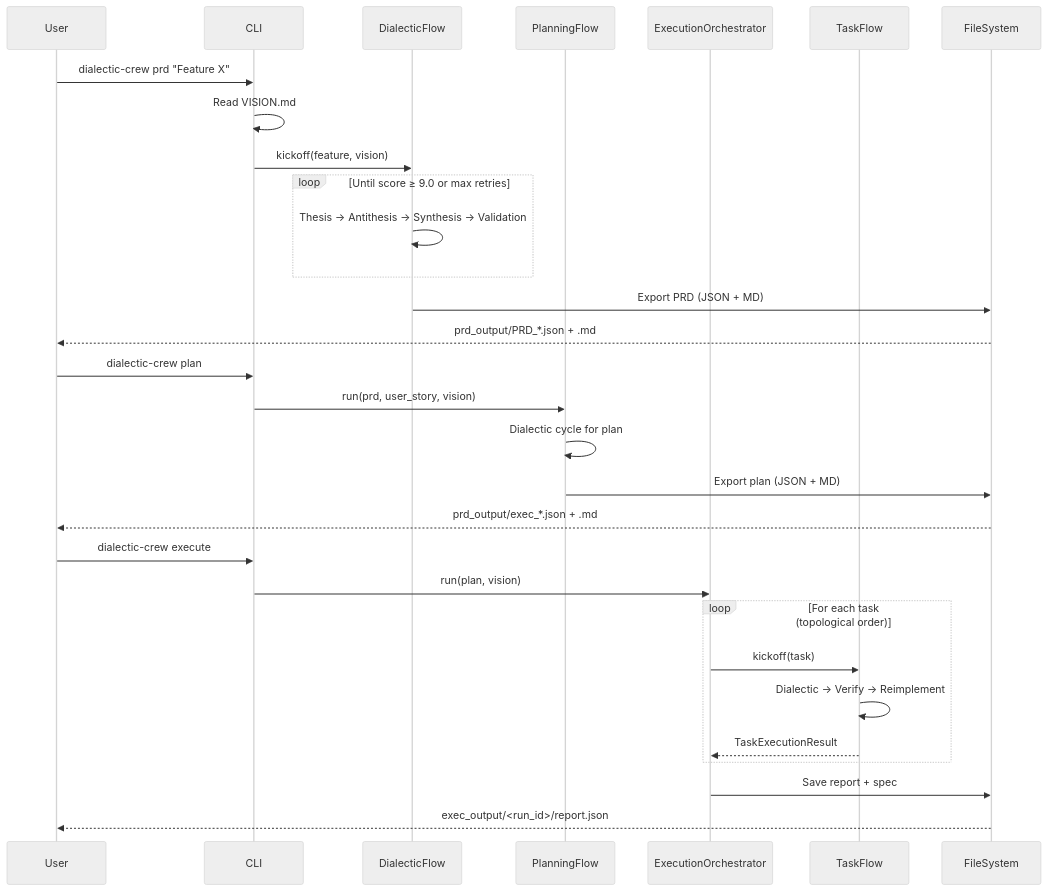
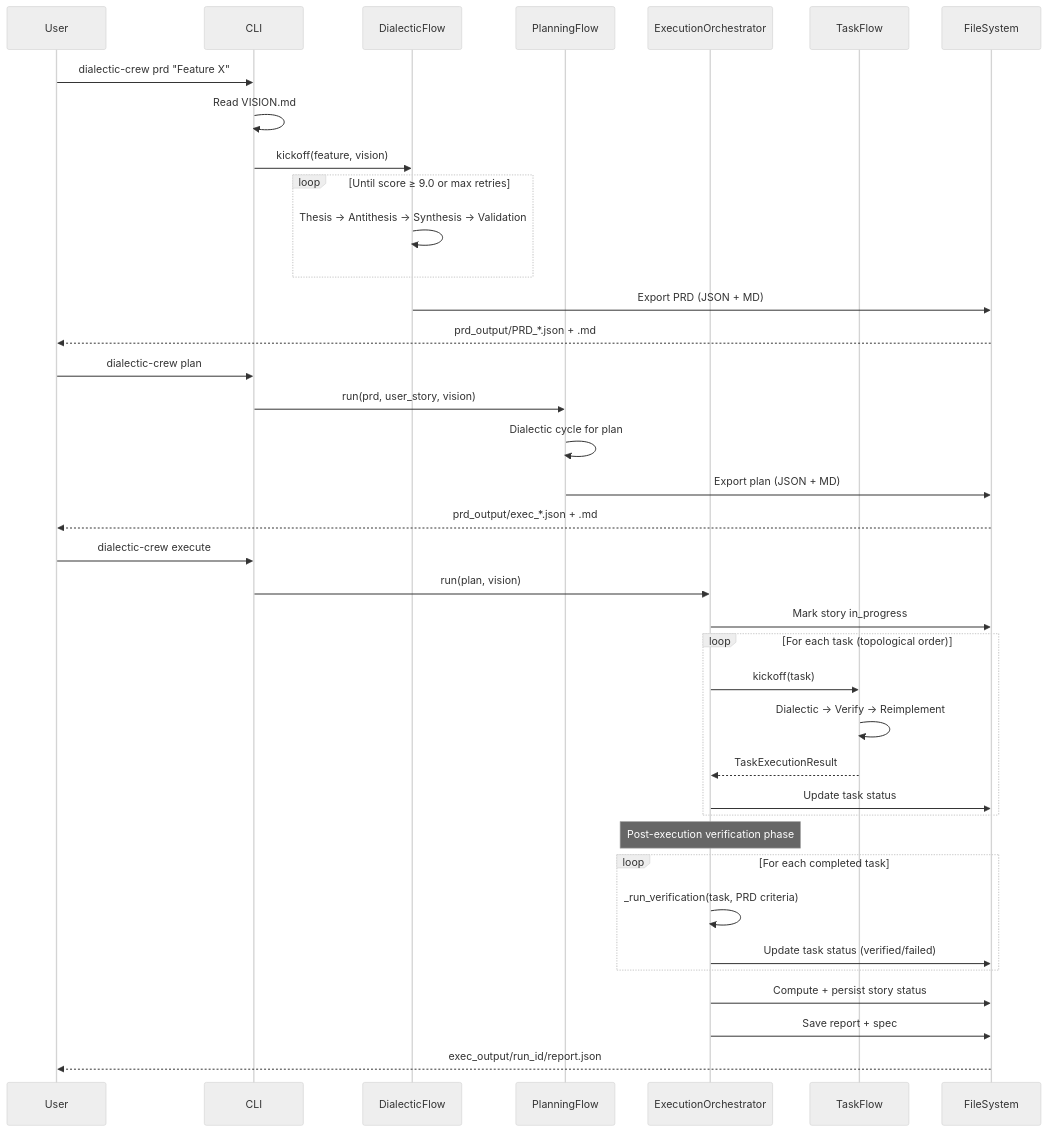
One commit to darthlinuxer/dialectic-crew-ai changed the second of 4 diagrams in docs/architecture.md. Above: the diagram before and after it, drawn with Mermaid (neutral theme). The commit also changed other lines of this file and 9 other files, not shown here.

First line of the commit message:
feat: auto-verify tasks against PRD and track user story completion

````diff
--- a/docs/architecture.md
+++ b/docs/architecture.md
@@ -114,35 +115,43 @@
 ```mermaid
 sequenceDiagram
     participant User
     participant CLI
     participant DialecticFlow
     participant PlanningFlow
     participant ExecutionOrchestrator
     participant TaskFlow
     participant FileSystem
 
     User->>CLI: dialectic-crew prd "Feature X"
     CLI->>CLI: Read VISION.md
     CLI->>DialecticFlow: kickoff(feature, vision)
     loop Until score ≥ 9.0 or max retries
         DialecticFlow->>DialecticFlow: Thesis → Antithesis → Synthesis → Validation
     end
     DialecticFlow->>FileSystem: Export PRD (JSON + MD)
     FileSystem-->>User: prd_output/PRD_*.json + .md
 
     User->>CLI: dialectic-crew plan
     CLI->>PlanningFlow: run(prd, user_story, vision)
     PlanningFlow->>PlanningFlow: Dialectic cycle for plan
     PlanningFlow->>FileSystem: Export plan (JSON + MD)
     FileSystem-->>User: prd_output/exec_*.json + .md
 
     User->>CLI: dialectic-crew execute
     CLI->>ExecutionOrchestrator: run(plan, vision)
+    ExecutionOrchestrator->>FileSystem: Mark story in_progress
     loop For each task (topological order)
         ExecutionOrchestrator->>TaskFlow: kickoff(task)
         TaskFlow->>TaskFlow: Dialectic → Verify → Reimplement
         TaskFlow-->>ExecutionOrchestrator: TaskExecutionResult
+        ExecutionOrchestrator->>FileSystem: Update task status
     end
+    Note over ExecutionOrchestrator: Post-execution verification phase
+    loop For each completed task
+        ExecutionOrchestrator->>ExecutionOrchestrator: _run_verification(task, PRD criteria)
+        ExecutionOrchestrator->>FileSystem: Update task status (verified/failed)
+    end
+    ExecutionOrchestrator->>FileSystem: Compute + persist story status
     ExecutionOrchestrator->>FileSystem: Save report + spec
-    FileSystem-->>User: exec_output/<run_id>/report.json
+    FileSystem-->>User: exec_output/run_id/report.json
 ```
````
